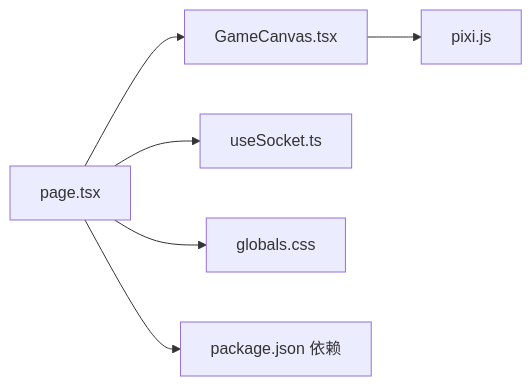
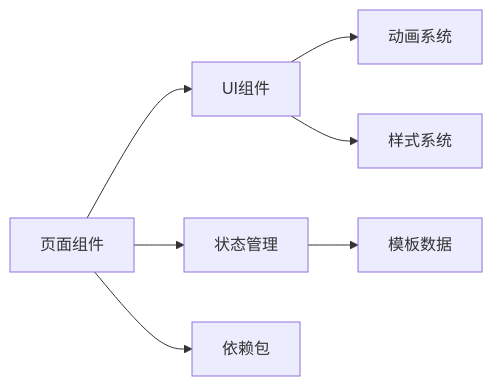
Before and after one commit to KunLabAI/KunFlix: the fourth of 4 diagrams in .qoder/repowiki/zh/content/前端开发指南/游戏画布渲染系统.md, drawn with Mermaid. The commit also changed other lines of this file and 25 other files, not shown here.

````diff
--- a/.qoder/repowiki/zh/content/前端开发指南/游戏画布渲染系统.md
+++ b/.qoder/repowiki/zh/content/前端开发指南/游戏画布渲染系统.md
@@ -225,8 +282,9 @@
 ```mermaid
 graph LR
-P["page.tsx"] --> GC["GameCanvas.tsx"]
-P --> US["useSocket.ts"]
-GC --> PX["pixi.js"]
-P --> ST["globals.css"]
-P --> DEP["package.json 依赖"]
+P["页面组件"] --> UI["UI组件"]
+P --> SM["状态管理"]
+UI --> AM["动画系统"]
+UI --> ST["样式系统"]
+SM --> TM["模板数据"]
+P --> DEP["依赖包"]
 ```
````
